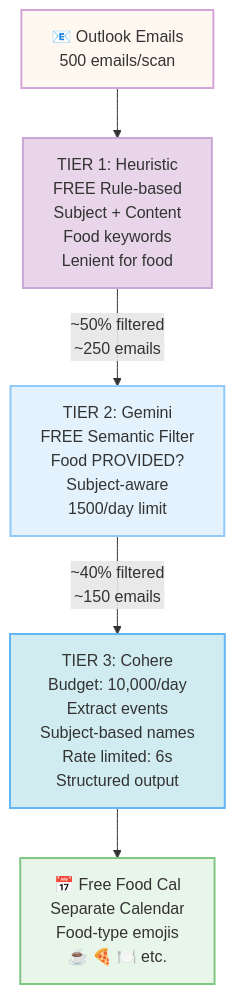
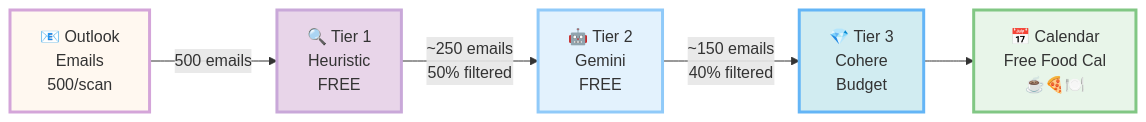
One commit to shalkoda/freefoodcal_agent changed the diagram in README.md. Above: the diagram before and after it, drawn with Mermaid. The commit also changed other lines of this file, not shown here.

````diff
--- a/README.md
+++ b/README.md
@@ -19,13 +19,13 @@
 ```mermaid
-flowchart TD
-    A[📧 Outlook Emails<br/>500 emails/scan] --> B[TIER 1: Heuristic<br/>FREE Rule-based<br/>Subject + Content<br/>Food keywords<br/>Lenient for food]
-    B -->|~50% filtered<br/>~250 emails| C[TIER 2: Gemini<br/>FREE Semantic Filter<br/>Food PROVIDED?<br/>Subject-aware<br/>1500/day limit]
-    C -->|~40% filtered<br/>~150 emails| D[TIER 3: Cohere<br/>Budget: 10,000/day<br/>Extract events<br/>Subject-based names<br/>Rate limited: 6s<br/>Structured output]
-    D --> E[📅 Free Food Cal<br/>Separate Calendar<br/>Food-type emojis<br/>☕ 🍕 🍽️ etc.]
+flowchart LR
+    A[📧 Outlook<br/>Emails<br/>500/scan] -->|500 emails| B[🔍 Tier 1<br/>Heuristic<br/>FREE]
+    B -->|~250 emails<br/>50% filtered| C[🤖 Tier 2<br/>Gemini<br/>FREE]
+    C -->|~150 emails<br/>40% filtered| D[💎 Tier 3<br/>Cohere<br/>Budget]
+    D --> E[📅 Calendar<br/>Free Food Cal<br/>☕🍕🍽️]
     
-    style A fill:#fff8f0,stroke:#d4a5d9,stroke-width:2px
-    style B fill:#e8d5e9,stroke:#c9a8d9,stroke-width:2px
-    style C fill:#e3f2fd,stroke:#90caf9,stroke-width:2px
-    style D fill:#d1ecf1,stroke:#64b5f6,stroke-width:2px
-    style E fill:#e8f5e9,stroke:#81c784,stroke-width:2px
+    style A fill:#fff8f0,stroke:#d4a5d9,stroke-width:3px
+    style B fill:#e8d5e9,stroke:#c9a8d9,stroke-width:3px
+    style C fill:#e3f2fd,stroke:#90caf9,stroke-width:3px
+    style D fill:#d1ecf1,stroke:#64b5f6,stroke-width:3px
+    style E fill:#e8f5e9,stroke:#81c784,stroke-width:3px
 ```
````
